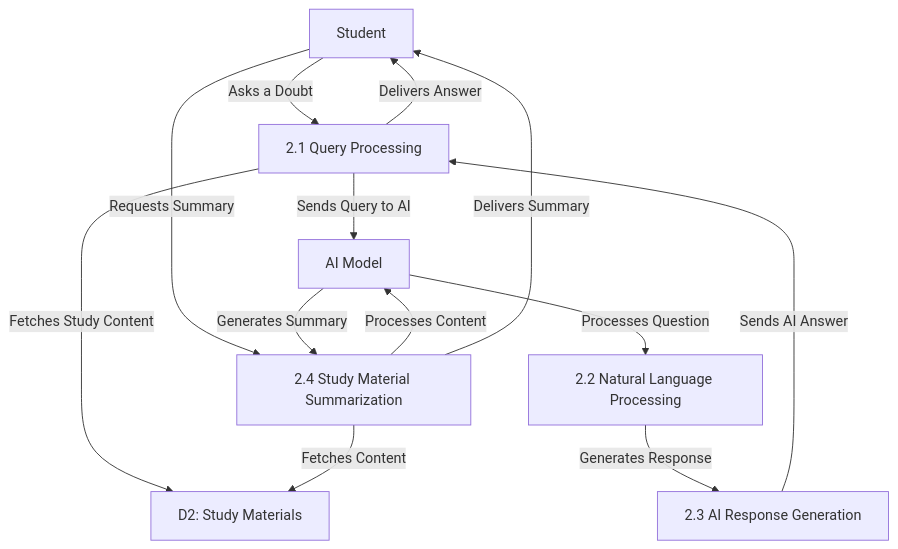
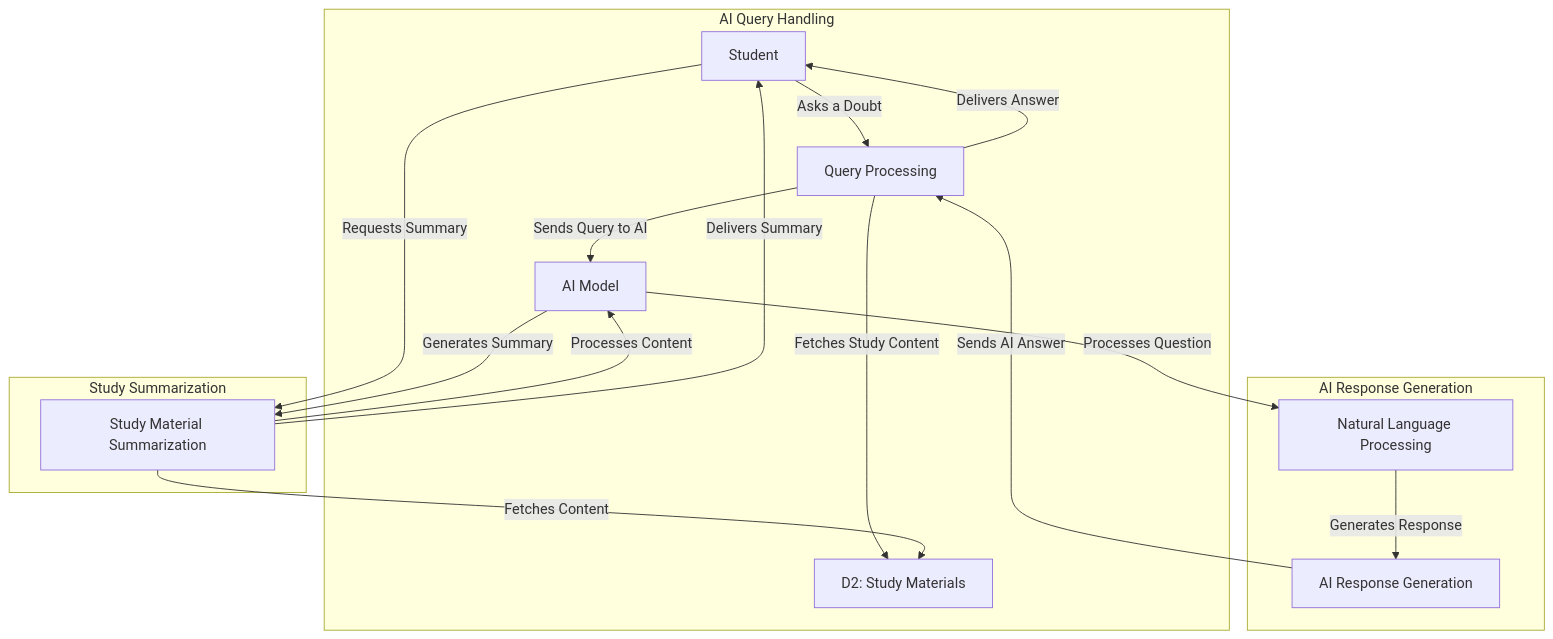
One commit to sonu-dpu/CollegeAssets changed the third of 3 diagrams in SoftwareEngineering/DFD.md. Above: the diagram before and after it, drawn with Mermaid. The commit also changed other lines of this file, not shown here.

````diff
--- a/SoftwareEngineering/DFD.md
+++ b/SoftwareEngineering/DFD.md
@@ -79,19 +86,23 @@
 ```mermaid
 graph TD;
-    %% AI-Powered Learning Breakdown
-    Student["Student"] -->|Asks a Doubt| QueryHandler["2.1 Query Processing"];
-    QueryHandler -->|Fetches Study Content| StudyDB["D2: Study Materials"];
-    QueryHandler -->|Sends Query to AI| AIModel["AI Model"];
+    subgraph AI Query Handling
+        Student -->|Asks a Doubt| QueryHandler["Query Processing"];
+        QueryHandler -->|Fetches Study Content| StudyDB["D2: Study Materials"];
+        QueryHandler -->|Sends Query to AI| AIModel["AI Model"];
+    end
 
-    AIModel -->|Processes Question| NLP["2.2 Natural Language Processing"];
-    NLP -->|Generates Response| AIResponse["2.3 AI Response Generation"];
-    AIResponse -->|Sends AI Answer| QueryHandler;
-    QueryHandler -->|Delivers Answer| Student;
+    subgraph AI Response Generation
+        AIModel -->|Processes Question| NLP["Natural Language Processing"];
+        NLP -->|Generates Response| AIResponse["AI Response Generation"];
+        AIResponse -->|Sends AI Answer| QueryHandler;
+        QueryHandler -->|Delivers Answer| Student;
+    end
 
-    %% Study Summarization
-    Student -->|Requests Summary| Summarizer["2.4 Study Material Summarization"];
-    Summarizer -->|Fetches Content| StudyDB;
-    Summarizer -->|Processes Content| AIModel;
-    AIModel -->|Generates Summary| Summarizer;
-    Summarizer -->|Delivers Summary| Student;
+    subgraph Study Summarization
+        Student -->|Requests Summary| Summarizer["Study Material Summarization"];
+        Summarizer -->|Fetches Content| StudyDB;
+        Summarizer -->|Processes Content| AIModel;
+        AIModel -->|Generates Summary| Summarizer;
+        Summarizer -->|Delivers Summary| Student;
+    end
 ```
````
